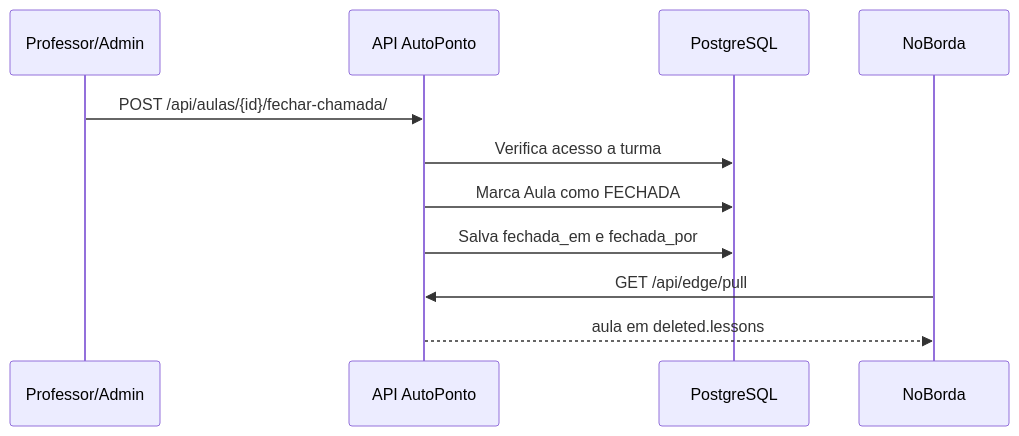
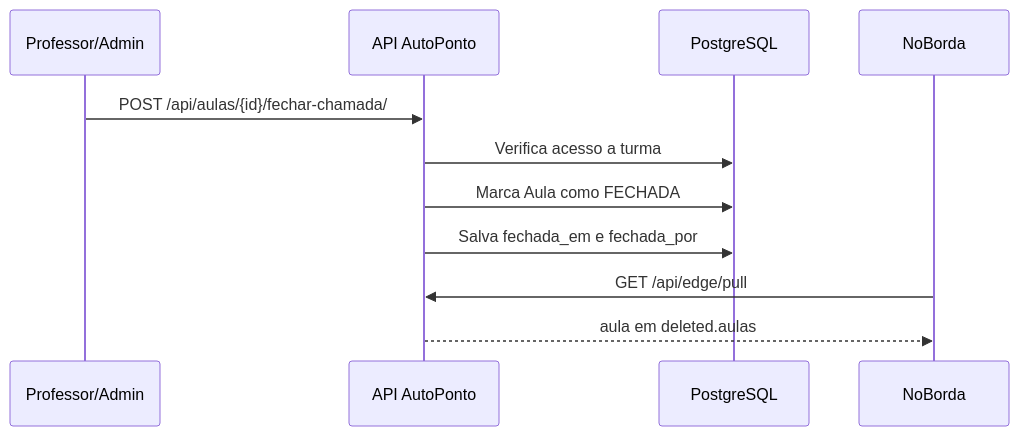
Before and after one commit to DanielKGM/autoponto: the seventh of 10 diagrams in autoponto-backend/docs/diagramas-tcc.md, drawn with Mermaid. The commit also changed other lines of this file and 29 other files, not shown here.

````diff
--- a/autoponto-backend/docs/diagramas-tcc.md
+++ b/autoponto-backend/docs/diagramas-tcc.md
@@ -146,14 +150,14 @@
 ```mermaid
 sequenceDiagram
     participant Professor as Professor/Admin
     participant API as API AutoPonto
     participant DB as PostgreSQL
     participant Edge as NoBorda
 
     Professor->>API: POST /api/aulas/{id}/fechar-chamada/
     API->>DB: Verifica acesso a turma
     API->>DB: Marca Aula como FECHADA
     API->>DB: Salva fechada_em e fechada_por
     Edge->>API: GET /api/edge/pull
-    API-->>Edge: aula em deleted.lessons
+    API-->>Edge: aula em deleted.aulas
 ```
````
